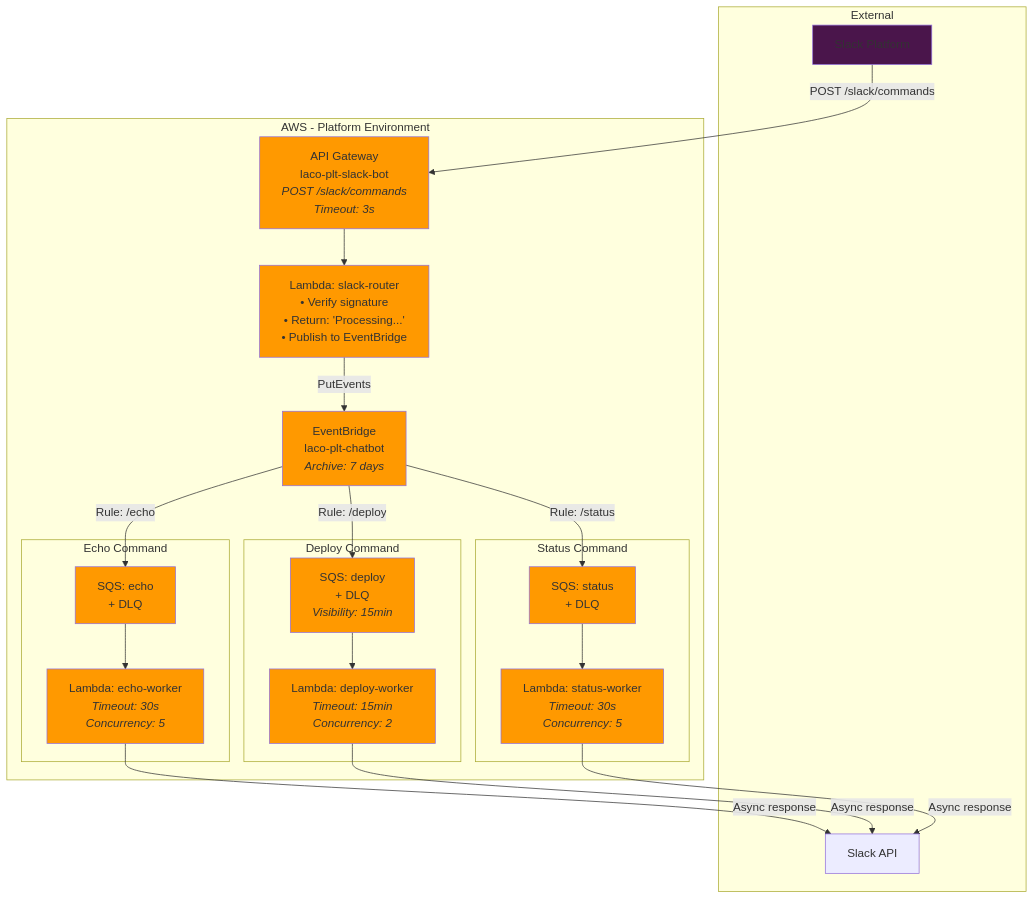
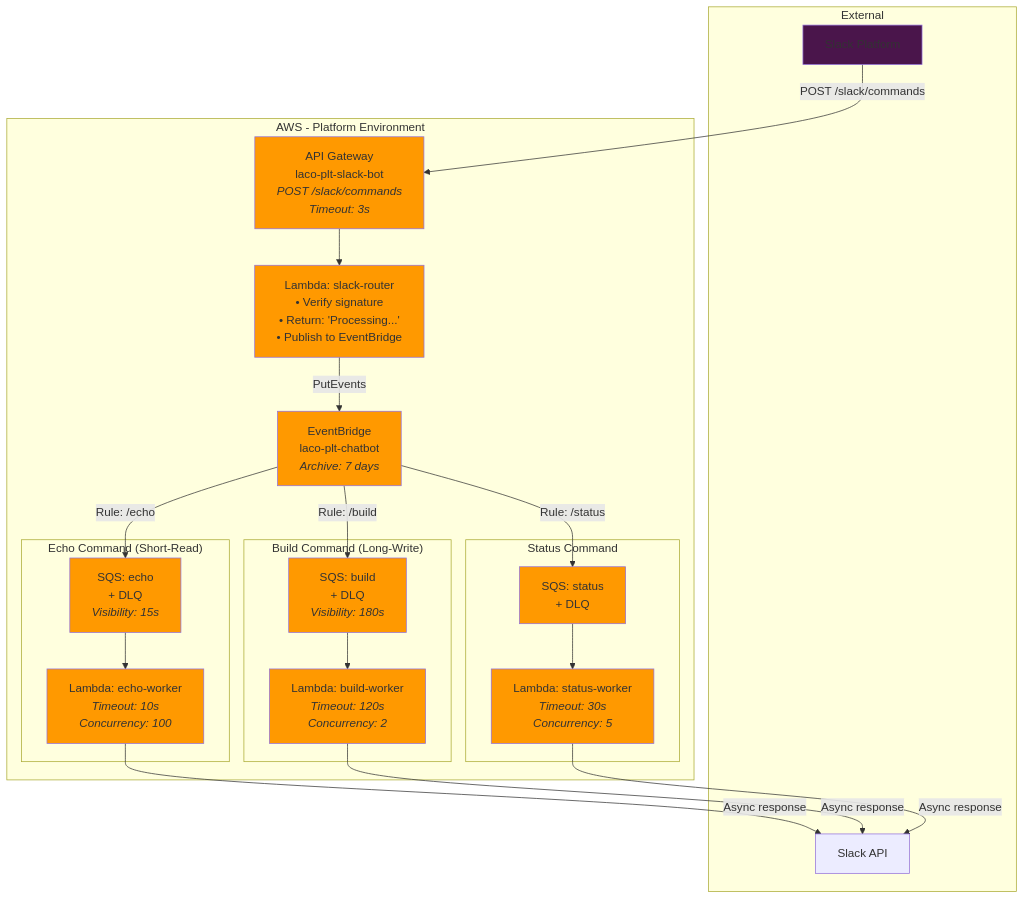
The first of 2 diagrams in aws/10-plt/docs/architecture/SLACK-BOT-ARCHITECTURE.md (llamandcoco/cloud-sandbox), drawn with Mermaid before and after one commit. The commit also changed other lines of this file and 13 other files, not shown here.

First line of the commit message:
Implement quadrant-based architecture with unified workers for ChatOps Lambda and SQS (#14)

````diff
--- a/aws/10-plt/docs/architecture/SLACK-BOT-ARCHITECTURE.md
+++ b/aws/10-plt/docs/architecture/SLACK-BOT-ARCHITECTURE.md
@@ -7,57 +29,57 @@
 ```mermaid
 graph TB
     subgraph External
         Slack[Slack Platform]
         SlackAPI[Slack API]
     end
 
     subgraph AWS["AWS - Platform Environment"]
         APIGW["API Gateway<br/>laco-plt-slack-bot<br/><i>POST /slack/commands</i><br/><i>Timeout: 3s</i>"]
 
         Router["Lambda: slack-router<br/>• Verify signature<br/>• Return: 'Processing...'<br/>• Publish to EventBridge"]
 
         EB["EventBridge<br/>laco-plt-chatbot<br/><i>Archive: 7 days</i>"]
 
-        subgraph Echo["Echo Command"]
-            SQS1["SQS: echo<br/>+ DLQ"]
-            Worker1["Lambda: echo-worker<br/><i>Timeout: 30s</i><br/><i>Concurrency: 5</i>"]
+        subgraph Echo["Echo Command (Short-Read)"]
+            SQS1["SQS: echo<br/>+ DLQ<br/><i>Visibility: 15s</i>"]
+            Worker1["Lambda: echo-worker<br/><i>Timeout: 10s</i><br/><i>Concurrency: 100</i>"]
         end
 
-        subgraph Deploy["Deploy Command"]
-            SQS2["SQS: deploy<br/>+ DLQ<br/><i>Visibility: 15min</i>"]
-            Worker2["Lambda: deploy-worker<br/><i>Timeout: 15min</i><br/><i>Concurrency: 2</i>"]
+        subgraph Build["Build Command (Long-Write)"]
+            SQS2["SQS: build<br/>+ DLQ<br/><i>Visibility: 180s</i>"]
+            Worker2["Lambda: build-worker<br/><i>Timeout: 120s</i><br/><i>Concurrency: 2</i>"]
         end
 
         subgraph Status["Status Command"]
             SQS3["SQS: status<br/>+ DLQ"]
             Worker3["Lambda: status-worker<br/><i>Timeout: 30s</i><br/><i>Concurrency: 5</i>"]
         end
     end
 
     Slack -->|POST /slack/commands| APIGW
     APIGW --> Router
     Router -->|PutEvents| EB
 
     EB -->|Rule: /echo| SQS1
-    EB -->|Rule: /deploy| SQS2
+    EB -->|Rule: /build| SQS2
     EB -->|Rule: /status| SQS3
 
     SQS1 --> Worker1
     SQS2 --> Worker2
     SQS3 --> Worker3
 
     Worker1 -->|Async response| SlackAPI
     Worker2 -->|Async response| SlackAPI
     Worker3 -->|Async response| SlackAPI
 
     style Slack fill:#4A154B
     style APIGW fill:#FF9900
     style Router fill:#FF9900
     style EB fill:#FF9900
     style SQS1 fill:#FF9900
     style SQS2 fill:#FF9900
     style SQS3 fill:#FF9900
     style Worker1 fill:#FF9900
     style Worker2 fill:#FF9900
     style Worker3 fill:#FF9900
 ```
````
